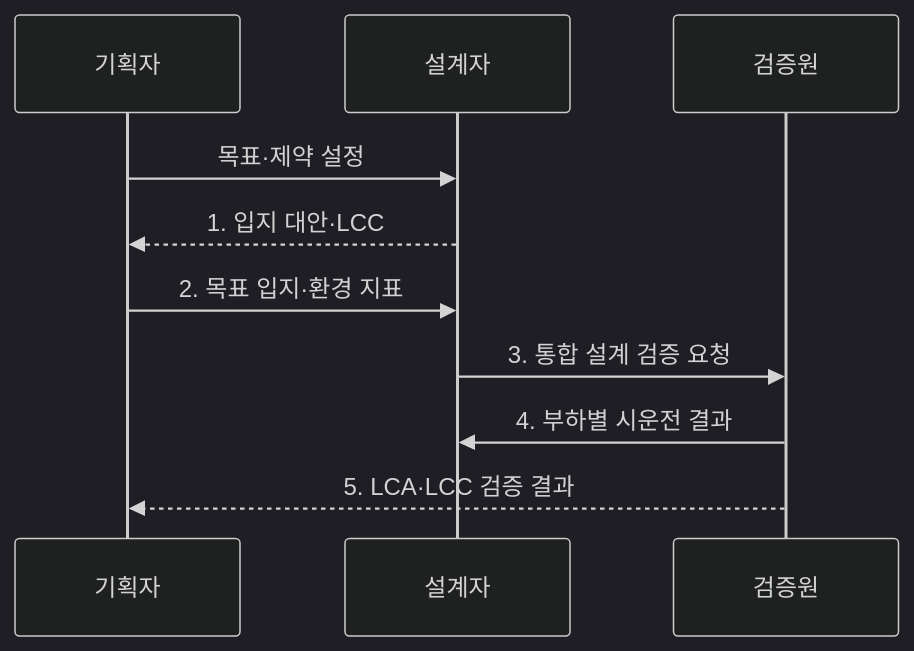
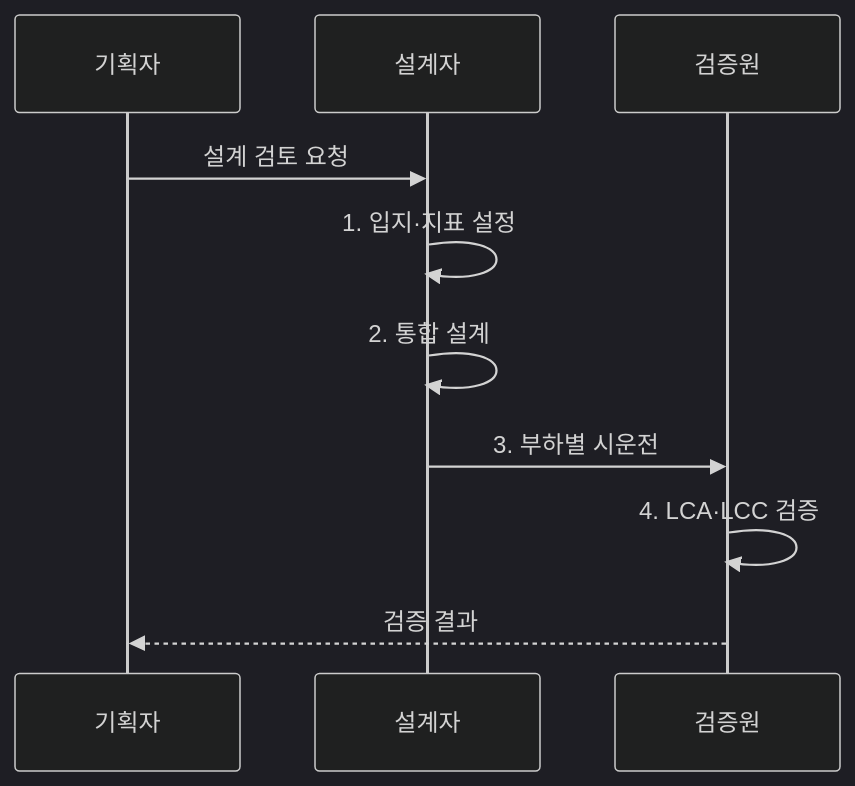
One commit to agnusdei1207/knowledge-base changed the second of 2 diagrams in src/content/docs/notes/06-evaluation/041_green_datacenter_design.md. Above: the diagram before and after it, drawn with Mermaid (dark theme). The commit also changed other lines of this file and 11 other files, not shown here.

````diff
--- a/src/content/docs/notes/06-evaluation/041_green_datacenter_design.md
+++ b/src/content/docs/notes/06-evaluation/041_green_datacenter_design.md
@@ -85,12 +86,12 @@
 ```mermaid
 sequenceDiagram
     participant P as 기획자
     participant A as 설계자
     participant V as 검증원
-    P->>A: 목표·제약 설정
-    A-->>P: 1. 입지 대안·LCC
-    P->>A: 2. 목표 입지·환경 지표
-    A->>V: 3. 통합 설계 검증 요청
-    V->>A: 4. 부하별 시운전 결과
-    V-->>P: 5. LCA·LCC 검증 결과
+    P->>A: 설계 검토 요청
+    A->>A: 1. 입지·지표 설정
+    A->>A: 2. 통합 설계
+    A->>V: 3. 부하별 시운전
+    V->>V: 4. LCA·LCC 검증
+    V-->>P: 검증 결과
 ```
````
